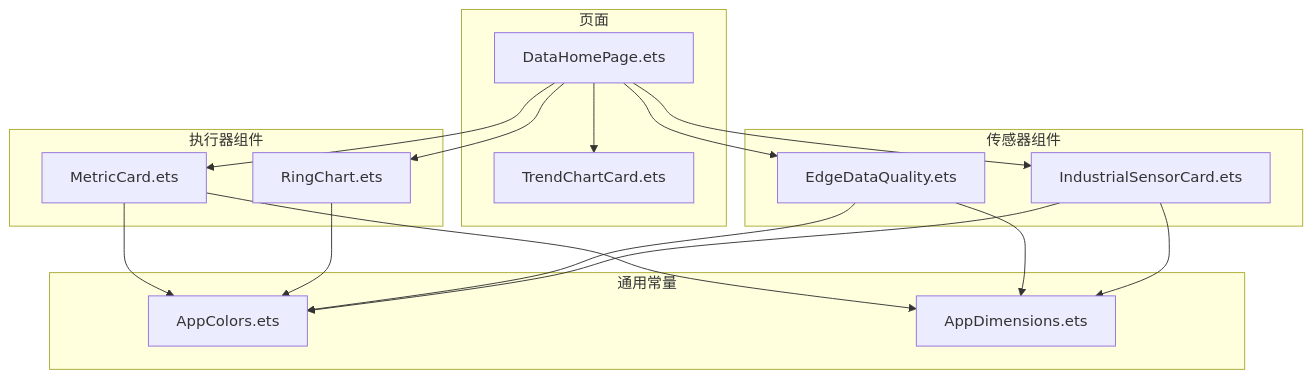
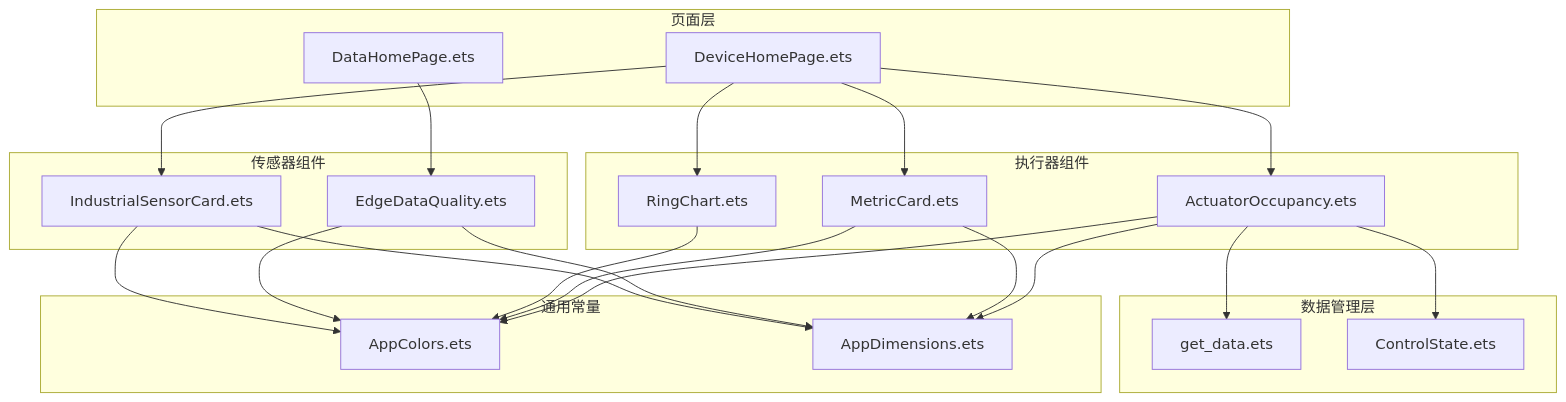
The first of 10 diagrams in .qoder/repowiki/zh/content/界面组件系统/数据展示组件/数据展示组件.md (Neonrey-hub/SmartController), drawn with Mermaid before and after one commit. The commit also changed other lines of this file and 16 other files, not shown here.

````diff
--- a/.qoder/repowiki/zh/content/界面组件系统/数据展示组件/数据展示组件.md
+++ b/.qoder/repowiki/zh/content/界面组件系统/数据展示组件/数据展示组件.md
@@ -43,31 +56,40 @@
 ```mermaid
 graph TB
-subgraph "页面"
+subgraph "页面层"
 DH["DataHomePage.ets"]
-TC["TrendChartCard.ets"]
+DHP["DeviceHomePage.ets"]
 end
 subgraph "传感器组件"
 ISC["IndustrialSensorCard.ets"]
 EDQ["EdgeDataQuality.ets"]
 end
 subgraph "执行器组件"
 RC["RingChart.ets"]
 MC["MetricCard.ets"]
+AO["ActuatorOccupancy.ets"]
+end
+subgraph "数据管理层"
+GS["get_data.ets"]
+CS["ControlState.ets"]
 end
 subgraph "通用常量"
 AC["AppColors.ets"]
 AD["AppDimensions.ets"]
 end
 DH --> EDQ
-DH --> TC
-DH --> ISC
-DH --> RC
-DH --> MC
+DHP --> AO
+DHP --> ISC
+DHP --> RC
+DHP --> MC
+AO --> GS
+AO --> CS
 ISC --> AC
 ISC --> AD
 EDQ --> AC
 EDQ --> AD
 RC --> AC
 MC --> AC
 MC --> AD
+AO --> AC
+AO --> AD
 ```
````
